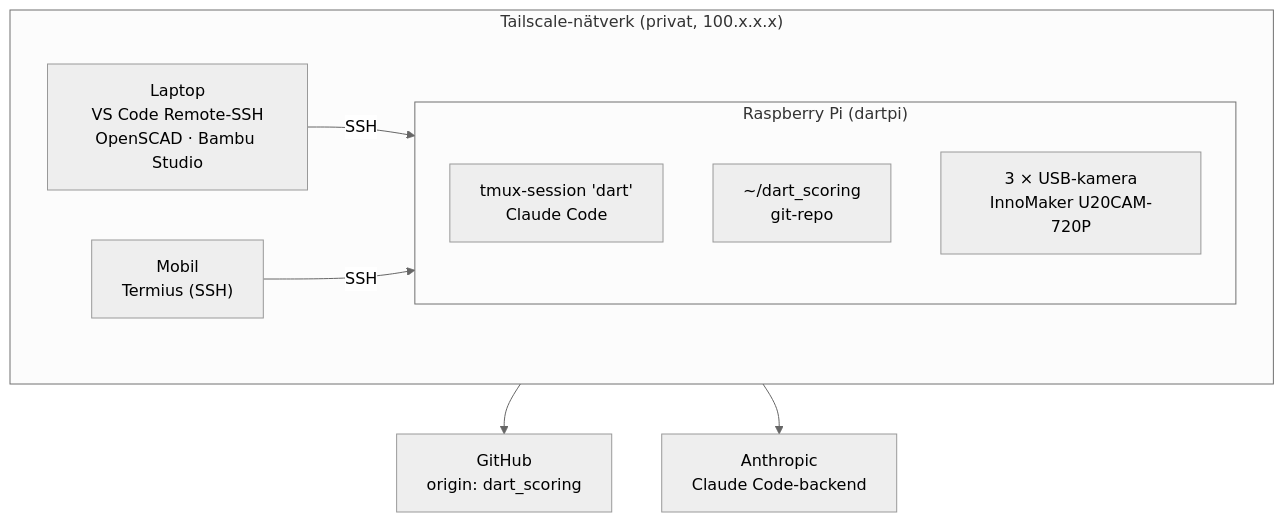
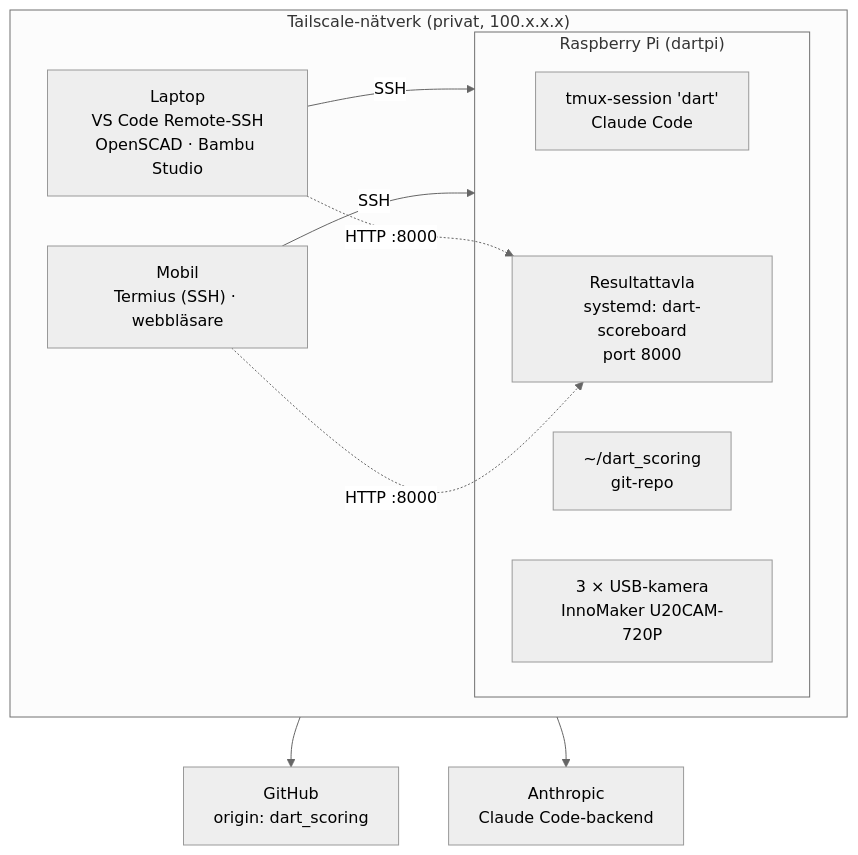
Before and after one commit to zekesimonsson/dart_scoring: the diagram in ARKITEKTUR.md, drawn with Mermaid (neutral theme). The commit also changed other lines of this file, not shown here.

````diff
--- a/ARKITEKTUR.md
+++ b/ARKITEKTUR.md
@@ -9,17 +9,20 @@
 ```mermaid
 flowchart TB
     subgraph TS["Tailscale-nätverk (privat, 100.x.x.x)"]
         direction LR
         L["Laptop<br/>VS Code Remote-SSH<br/>OpenSCAD · Bambu Studio"]
         subgraph PI["Raspberry Pi (dartpi)"]
             T["tmux-session 'dart'<br/>Claude Code"]
             R["~/dart_scoring<br/>git-repo"]
             C["3 × USB-kamera<br/>InnoMaker U20CAM-720P"]
+            W["Resultattavla<br/>systemd: dart-scoreboard<br/>port 8000"]
         end
-        M["Mobil<br/>Termius (SSH)"]
+        M["Mobil<br/>Termius (SSH) · webbläsare"]
         L -- SSH --> PI
         M -- SSH --> PI
+        L -. "HTTP :8000" .-> W
+        M -. "HTTP :8000" .-> W
     end
     PI --> GH["GitHub<br/>origin: dart_scoring"]
     PI --> AN["Anthropic<br/>Claude Code-backend"]
 ```
````
